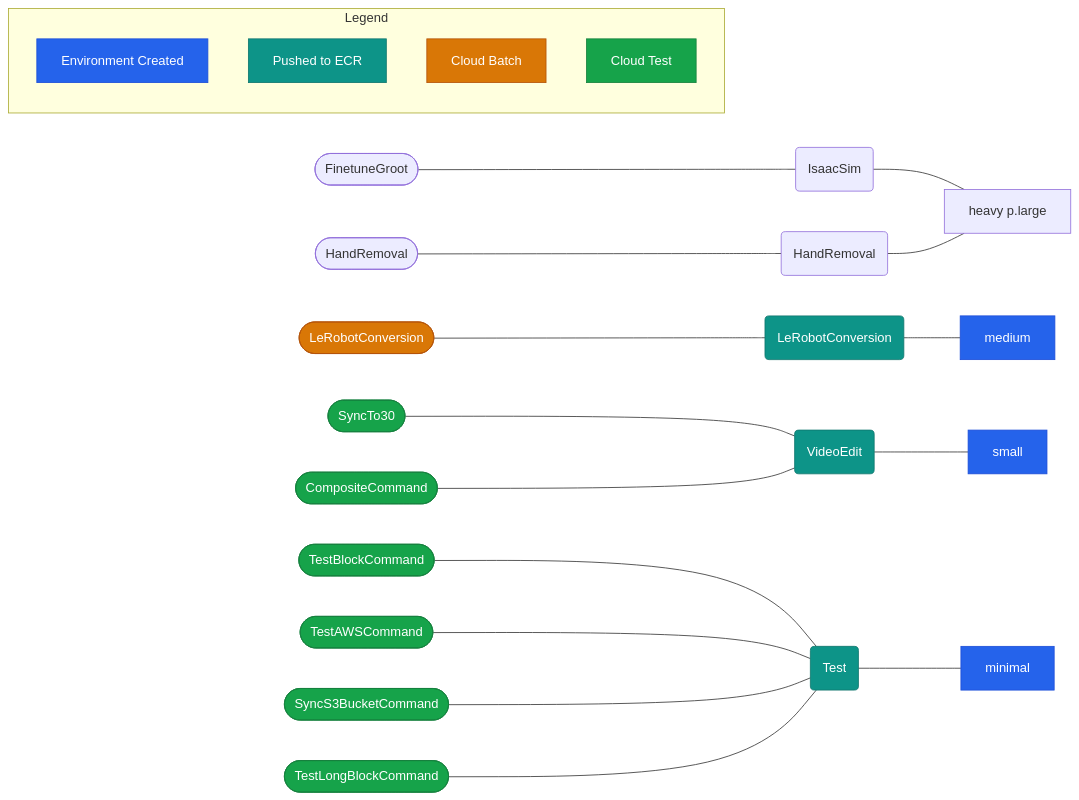
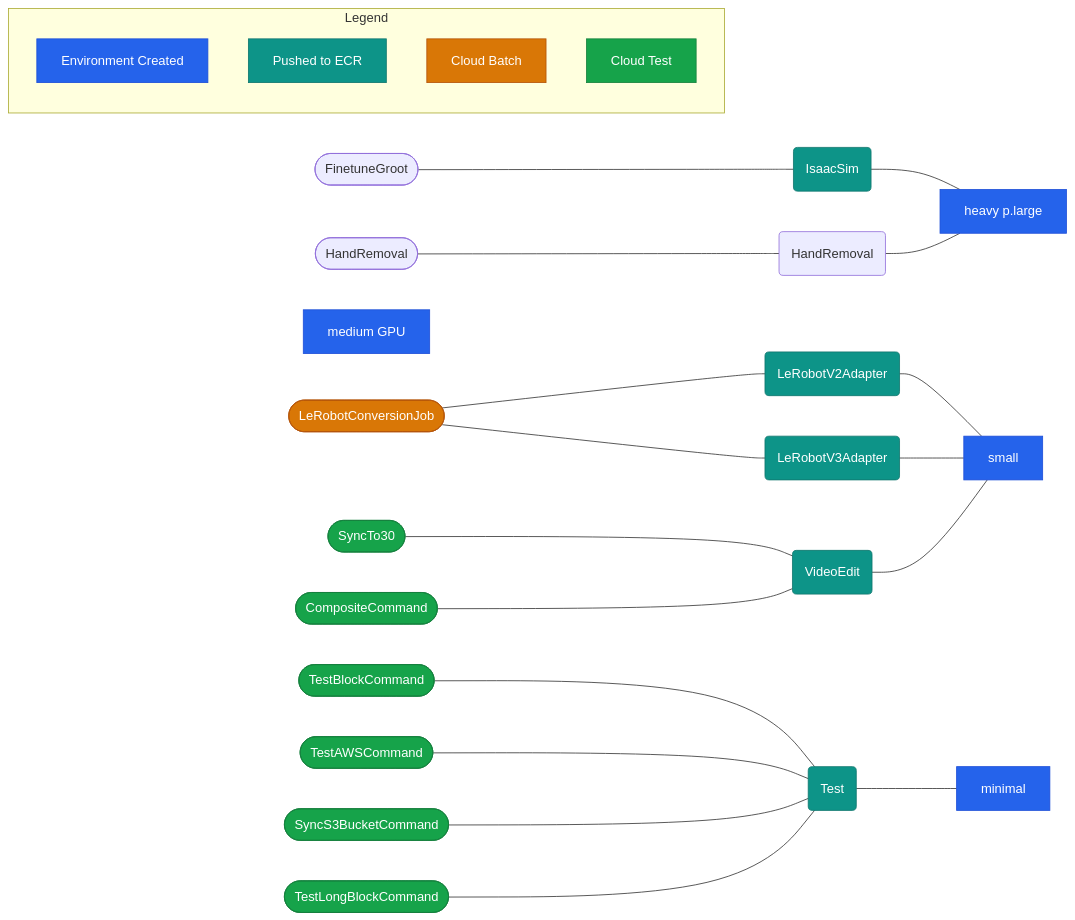
One commit to ogoudey/WorkflowContainers changed the diagram in README.md. Above: the diagram before and after it, drawn with Mermaid. The commit also changed 1 other file, not shown here.

Commit message:
added Dockerfile again too big for me laptop

````diff
--- a/README.md
+++ b/README.md
@@ -2,46 +2,53 @@
 ```mermaid
 graph LR
     A([FinetuneGroot]) --- B(IsaacSim)--- C[heavy p.large]
     D([HandRemoval]) --- E(HandRemoval) --- C
-    F([LeRobotConversion]) --- G(LeRobotConversion) --- H[medium]
+     H[medium GPU]
+    F([LeRobotConversionJob]) --- G2(LeRobotV2Adapter) --- S
+    F --- G1(LeRobotV3Adapter) --- S
+
     I([SyncTo30]) --- O(VideoEdit) --- S[small]
     K([CompositeCommand]) --- O
     X([TestBlockCommand]) --- Y(Test) --- Z[minimal]
     X1([TestAWSCommand]) --- Y
     X2([SyncS3BucketCommand]) --- Y
     X3([TestLongBlockCommand]) --- Y
 
     %% Legend
     subgraph Legend
         L1[Environment Created]
         L2[Pushed to ECR]
         L3[Cloud Batch]
         L4[Cloud Test]
     end
 
 
 %% Define Color Schemes for Statuses
 classDef environmentCreated fill:#2563eb,stroke:#1d4ed8,color:#fff
 classDef pushedToECR fill:#0d9488,stroke:#0f766e,color:#fff
 classDef cloudBatch fill:#d97706,stroke:#b45309,color:#fff
 classDef cloudTest fill:#16a34a,stroke:#15803d,color:#fff
 
 class Z environmentCreated
 class H environmentCreated
 class Y pushedToECR
 class G pushedToECR
 class O pushedToECR
+class G2 pushedToECR
+class G1 pushedToECR
+class B pushedToECR
+class C environmentCreated
 class S environmentCreated
 class X cloudTest
 class X1 cloudTest
 class X2 cloudTest
 class X3 cloudTest
 class I cloudTest
 class K cloudTest
 class F cloudBatch
 
 class L1 environmentCreated
 class L2 pushedToECR
 class L3 cloudBatch
 class L4 cloudTest
 ```
````
